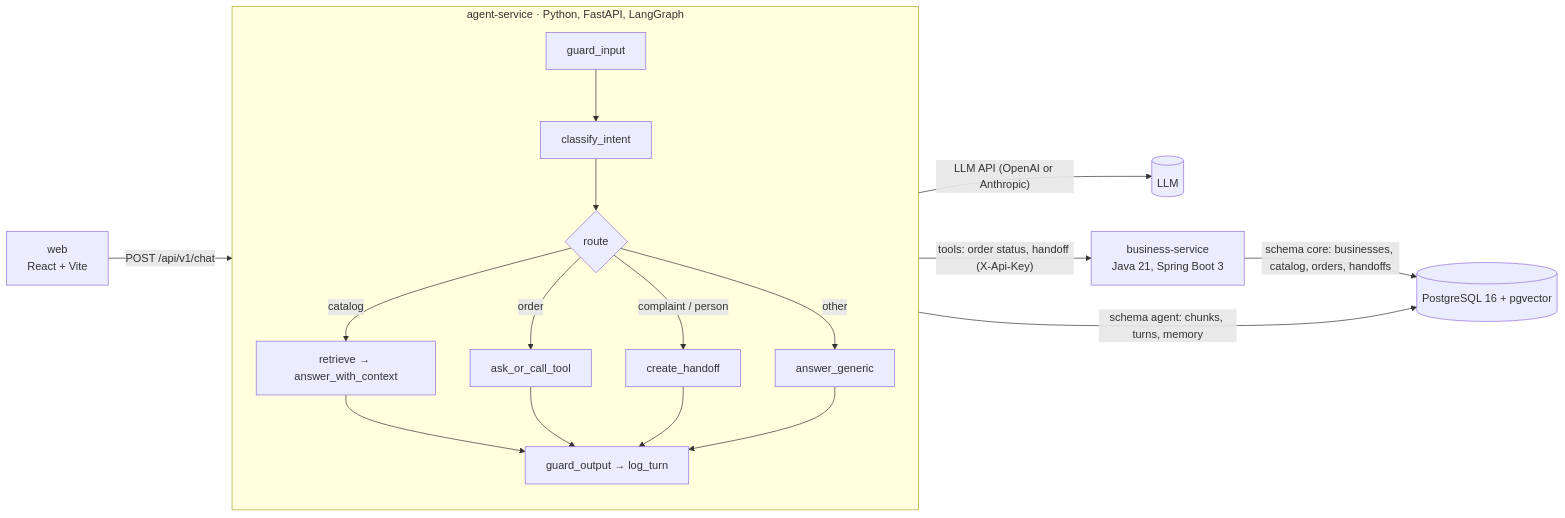
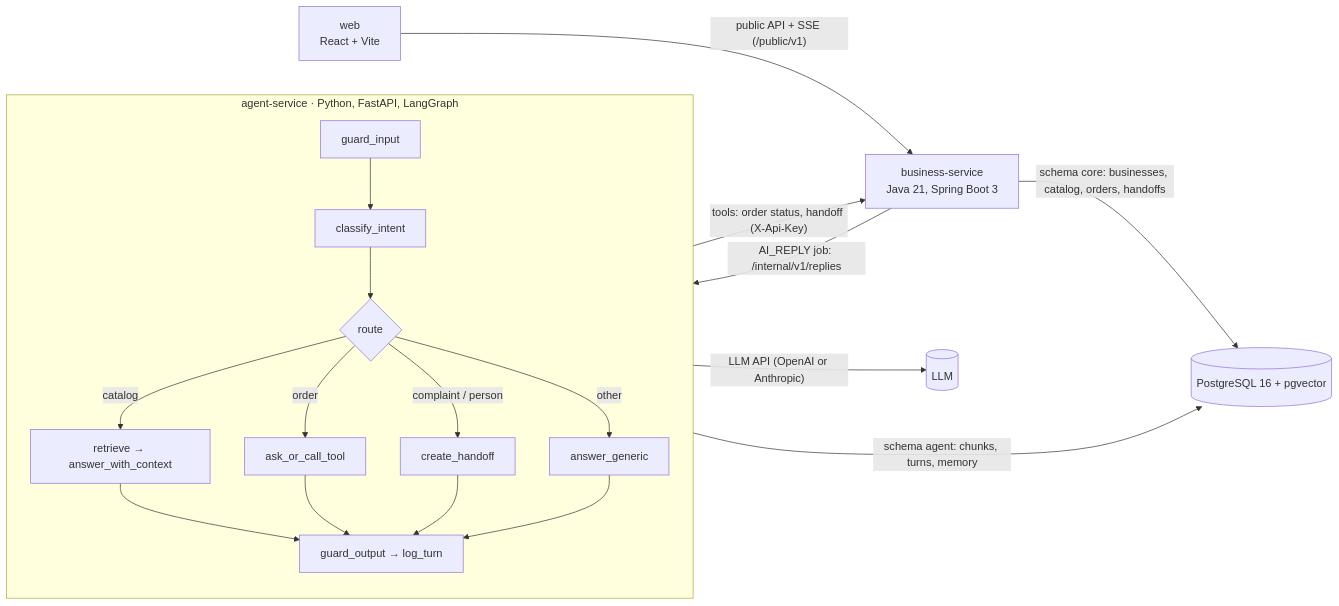
The diagram in README.md (ocainadev/tendwise), drawn with Mermaid before and after one commit. The commit also changed other lines of this file and 38 other files, not shown here.

First line of the commit message:
feat(web): demo chat on the public API and SSE (T42) (#41)

````diff
--- a/README.md
+++ b/README.md
@@ -24,17 +24,18 @@
 ```mermaid
 flowchart LR
-    web["web<br/>React + Vite"] -->|"POST /api/v1/chat"| agent
+    web["web<br/>React + Vite"] -->|"public API + SSE (/public/v1)"| biz
     subgraph agent["agent-service · Python, FastAPI, LangGraph"]
         direction TB
         gi[guard_input] --> ci[classify_intent] --> route{route}
         route -->|catalog| rag["retrieve → answer_with_context"]
         route -->|order| tool[ask_or_call_tool]
         route -->|complaint / person| ho[create_handoff]
         route -->|other| gen[answer_generic]
         rag & tool & ho & gen --> go["guard_output → log_turn"]
     end
+    biz -->|"AI_REPLY job: /internal/v1/replies"| agent
     agent -->|"LLM API (OpenAI or Anthropic)"| llm[(LLM)]
     agent -->|"tools: order status, handoff (X-Api-Key)"| biz["business-service<br/>Java 21, Spring Boot 3"]
     agent -->|"schema agent: chunks, turns, memory"| db[("PostgreSQL 16 + pgvector")]
     biz -->|"schema core: businesses, catalog, orders, handoffs"| db
 ```
````
